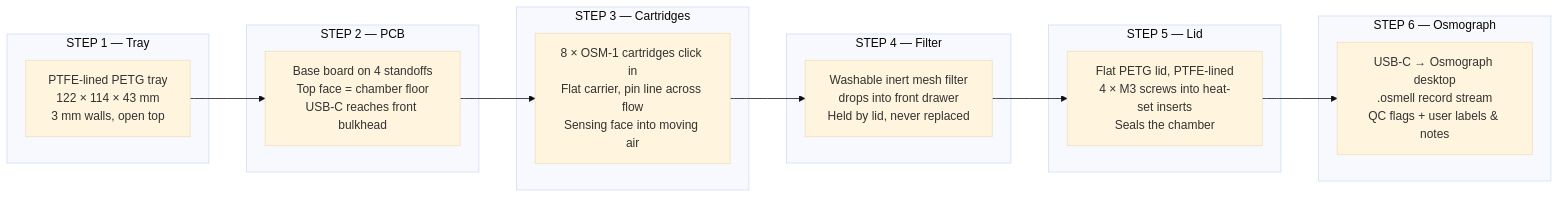
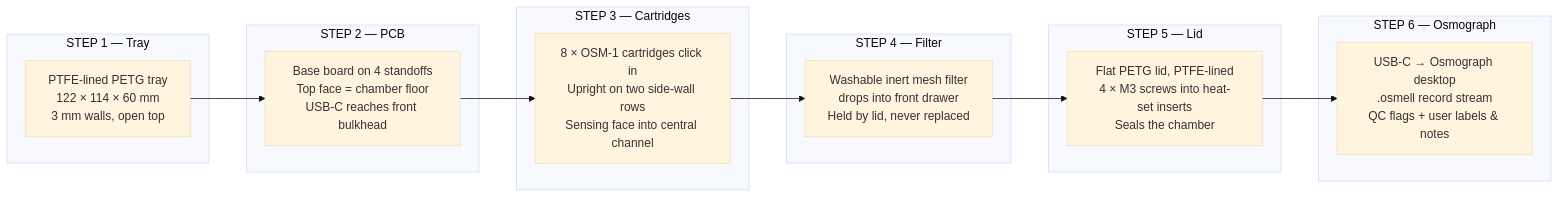
One commit to OpenSmell/smell-monitor changed the diagram in README.md. Above: the diagram before and after it, drawn with Mermaid (base theme). The commit also changed other lines of this file and 77 other files, not shown here.

Commit message:
Flip OSM-1 to upright inward-facing side-wall cards

````diff
--- a/README.md
+++ b/README.md
@@ -80,28 +84,28 @@
 ```mermaid
 flowchart LR
     subgraph step1 ["STEP 1 — Tray"]
-        T[PTFE-lined PETG tray<br/>122 × 114 × 43 mm<br/>3 mm walls, open top]
+        T[PTFE-lined PETG tray<br/>122 × 114 × 60 mm<br/>3 mm walls, open top]
     end
 
     subgraph step2 ["STEP 2 — PCB"]
         P[Base board on 4 standoffs<br/>Top face = chamber floor<br/>USB-C reaches front bulkhead]
     end
 
     subgraph step3 ["STEP 3 — Cartridges"]
-        C[8 × OSM-1 cartridges click in<br/>Flat carrier, pin line across flow<br/>Sensing face into moving air]
+        C[8 × OSM-1 cartridges click in<br/>Upright on two side-wall rows<br/>Sensing face into central channel]
     end
 
     subgraph step4 ["STEP 4 — Filter"]
         F[Washable inert mesh filter<br/>drops into front drawer<br/>Held by lid, never replaced]
     end
 
     subgraph step5 ["STEP 5 — Lid"]
         L[Flat PETG lid, PTFE-lined<br/>4 × M3 screws into heat-set inserts<br/>Seals the chamber]
     end
 
     subgraph step6 ["STEP 6 — Osmograph"]
         O[USB-C → Osmograph desktop<br/>.osmell record stream<br/>QC flags + user labels & notes]
     end
 
     T --> P --> C --> F --> L --> O
 ```
````
